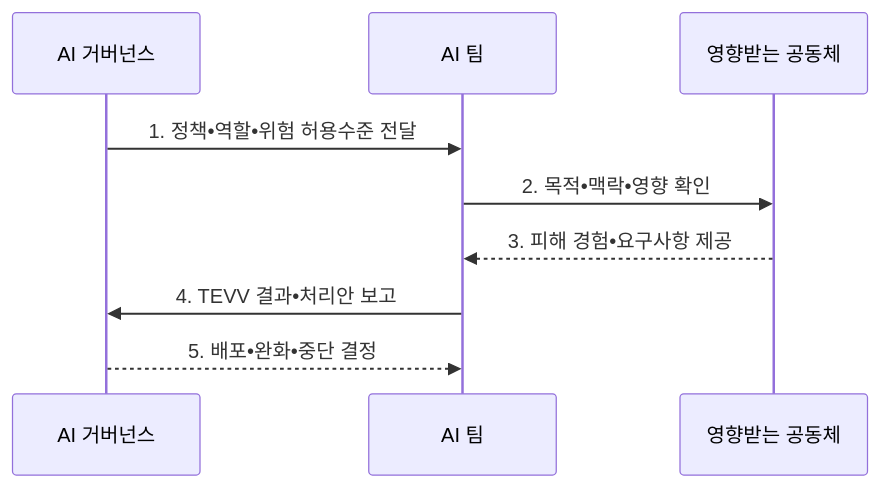
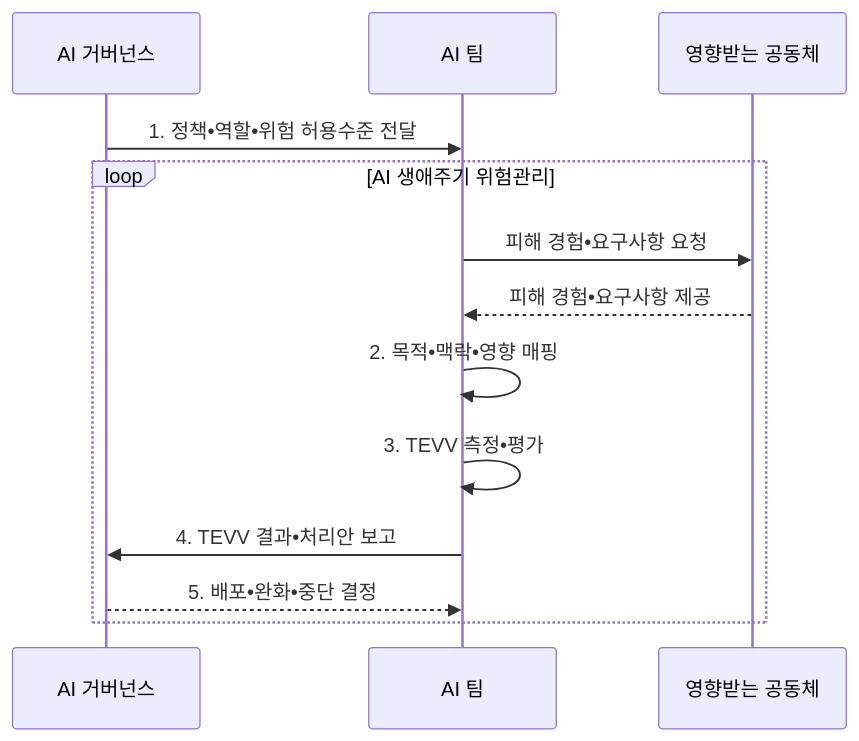
Before and after one commit to agnusdei1207/knowledge-base: the second of 2 diagrams in src/content/docs/notes/07-law-policy/038_nist_ai_rmf.md, drawn with Mermaid. The commit also changed other lines of this file and 20 other files, not shown here.

````diff
--- a/src/content/docs/notes/07-law-policy/038_nist_ai_rmf.md
+++ b/src/content/docs/notes/07-law-policy/038_nist_ai_rmf.md
@@ -99,11 +99,15 @@
 ```mermaid
 sequenceDiagram
     participant G as AI 거버넌스
     participant T as AI 팀
     participant S as 영향받는 공동체
     G->>T: 1. 정책•역할•위험 허용수준 전달
-    T->>S: 2. 목적•맥락•영향 확인
-    S-->>T: 3. 피해 경험•요구사항 제공
-    T->>G: 4. TEVV 결과•처리안 보고
-    G-->>T: 5. 배포•완화•중단 결정
+    loop AI 생애주기 위험관리
+        T->>S: 피해 경험•요구사항 요청
+        S-->>T: 피해 경험•요구사항 제공
+        T->>T: 2. 목적•맥락•영향 매핑
+        T->>T: 3. TEVV 측정•평가
+        T->>G: 4. TEVV 결과•처리안 보고
+        G-->>T: 5. 배포•완화•중단 결정
+    end
 ```
````
